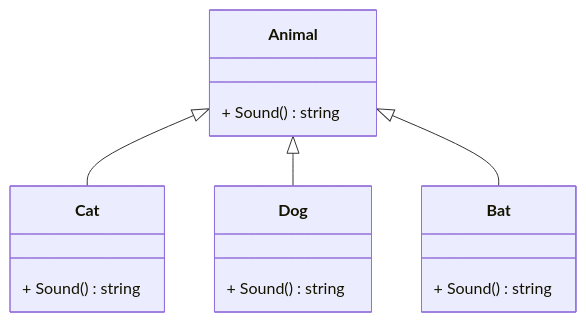
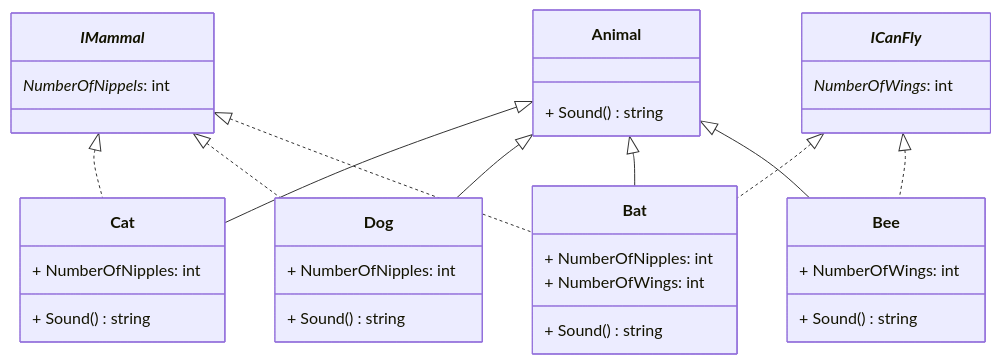
One commit to JonyM355/LP1Semana09 changed the diagram in AnimalKingdom/README.md. Above: the diagram before and after it, drawn with Mermaid.

Commit message:
Doing UML Diagram (update)

````diff
--- a/AnimalKingdom/README.md
+++ b/AnimalKingdom/README.md
@@ -1,22 +1,50 @@
 ```mermaid
 classDiagram
     class Animal{
         + Sound() string
     }
 
     class Cat{
+        + NumberOfNipples: int
+
         + Sound() string
     }
 
     class Dog{
+        + NumberOfNipples: int
+
         + Sound() string
     }
 
     class Bat{
+        + NumberOfNipples: int
+        + NumberOfWings: int
+
         + Sound() string
+    }
+
+    class Bee{
+        + NumberOfWings: int
+        + Sound() string
+    }
+
+    class _IMammal_{
+        _NumberOfNippels_: int
+    }
+
+    class _ICanFly_{
+        _NumberOfWings_: int
     }
 
     Animal <|-- Cat
     Animal <|-- Dog
     Animal <|-- Bat
+    Animal <|-- Bee
+
+    _IMammal_ <|.. Cat
+    _IMammal_ <|.. Dog
+    _IMammal_ <|.. Bat
+
+    _ICanFly_ <|.. Bat
+    _ICanFly_ <|.. Bee
 ```
````
